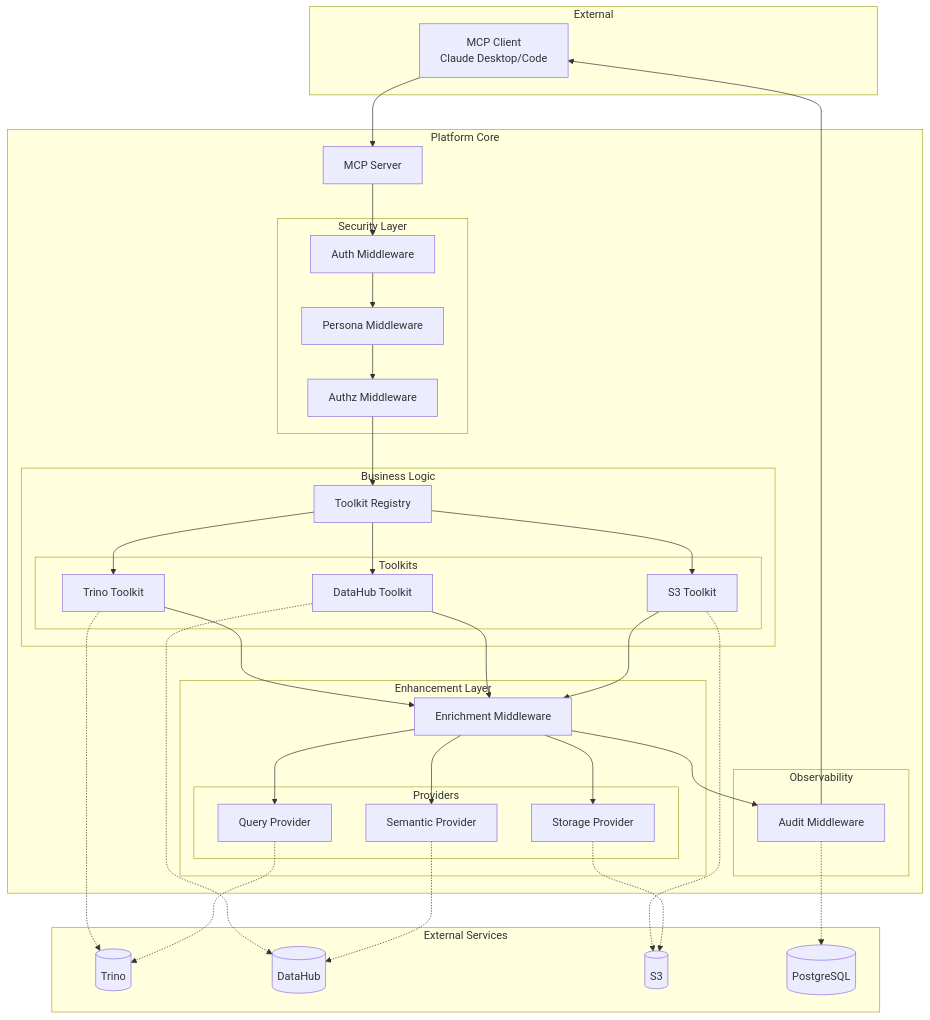
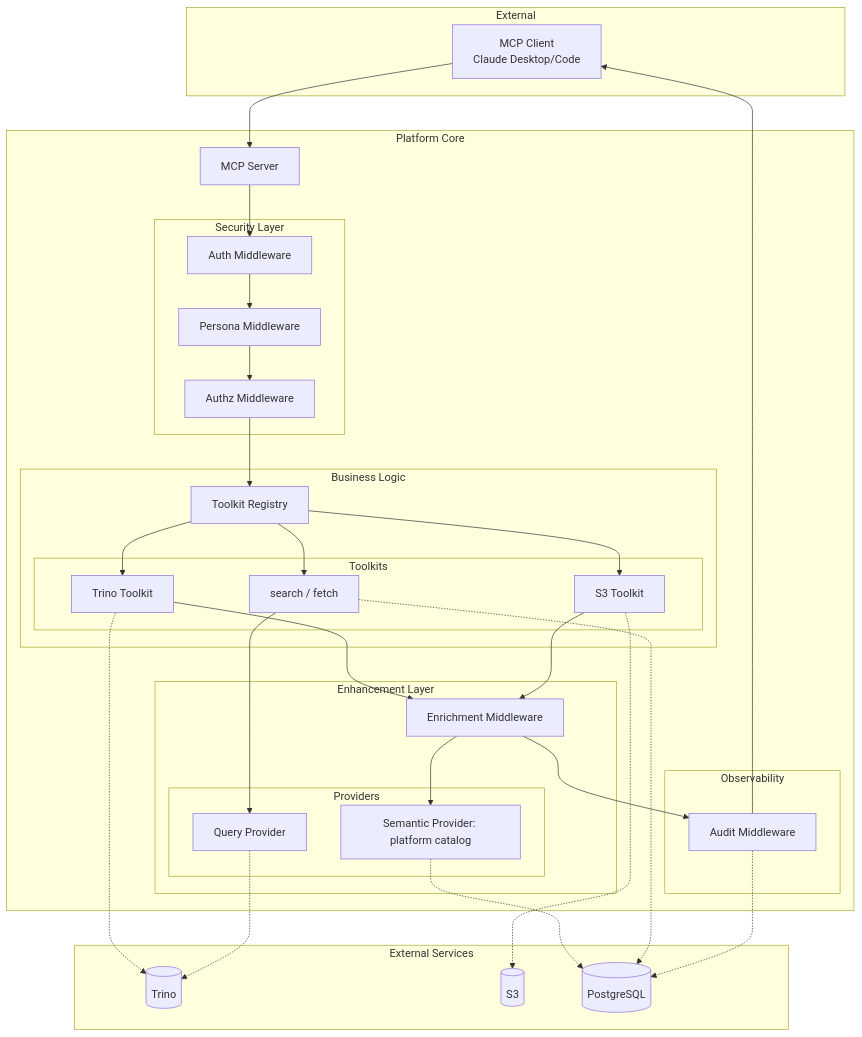
The first of 5 diagrams in docs/library/architecture.md (txn2/mcp-data-platform), drawn with Mermaid before and after one commit. The commit also changed other lines of this file and 746 other files, not shown here.

First line of the commit message:
feat(catalog): portal catalog, search/fetch reads, DataHub removed (#1916) (#2123)

````diff
--- a/docs/library/architecture.md
+++ b/docs/library/architecture.md
@@ -25,70 +25,65 @@
 ```mermaid
 graph TB
     subgraph "External"
         MCP[MCP Client<br/>Claude Desktop/Code]
     end
 
     subgraph "Platform Core"
         Server[MCP Server]
 
         subgraph "Security Layer"
             Auth[Auth Middleware]
             Persona[Persona Middleware]
             Authz[Authz Middleware]
         end
 
         subgraph "Business Logic"
             TR[Toolkit Registry]
             subgraph Toolkits
                 Trino[Trino Toolkit]
-                DataHub[DataHub Toolkit]
                 S3[S3 Toolkit]
+                Search[search / fetch]
             end
         end
 
         subgraph "Enhancement Layer"
             Enrichment[Enrichment Middleware]
             subgraph Providers
-                Semantic[Semantic Provider]
+                Semantic[Semantic Provider: platform catalog]
                 Query[Query Provider]
-                Storage[Storage Provider]
             end
         end
 
         subgraph "Observability"
             Audit[Audit Middleware]
         end
     end
 
     subgraph "External Services"
         TrinoSvc[(Trino)]
-        DataHubSvc[(DataHub)]
         S3Svc[(S3)]
         DB[(PostgreSQL)]
     end
 
     MCP --> Server
     Server --> Auth
     Auth --> Persona
     Persona --> Authz
     Authz --> TR
     TR --> Trino
-    TR --> DataHub
     TR --> S3
+    TR --> Search
     Trino --> Enrichment
-    DataHub --> Enrichment
     S3 --> Enrichment
     Enrichment --> Semantic
-    Enrichment --> Query
-    Enrichment --> Storage
+    Search --> Query
     Enrichment --> Audit
     Audit --> MCP
 
     Trino -.-> TrinoSvc
-    DataHub -.-> DataHubSvc
     S3 -.-> S3Svc
-    Semantic -.-> DataHubSvc
+    Semantic -.-> DB
+    Search -.-> DB
     Query -.-> TrinoSvc
-    Storage -.-> S3Svc
     Audit -.-> DB
 ```
````
